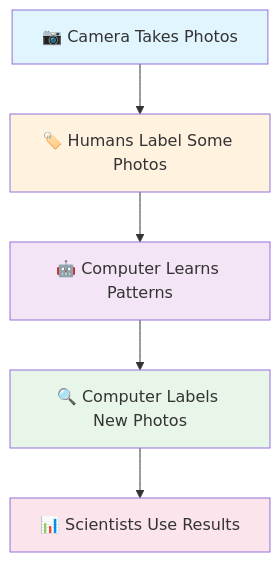
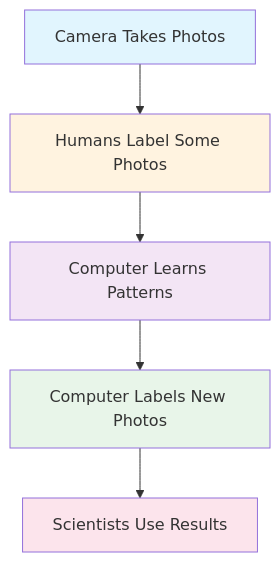
One commit to SITES-spectral/phenocai changed the first of 5 diagrams in docs/workflow_overview.md. Above: the diagram before and after it, drawn with Mermaid. The commit also changed other lines of this file and 22 other files, not shown here.

````diff
--- a/docs/workflow_overview.md
+++ b/docs/workflow_overview.md
@@ -14,13 +14,13 @@
 ```mermaid
 graph TD
-    A[📷 Camera Takes Photos] --> B[🏷️ Humans Label Some Photos]
-    B --> C[🤖 Computer Learns Patterns]
-    C --> D[🔍 Computer Labels New Photos]
-    D --> E[📊 Scientists Use Results]
+    A[Camera Takes Photos] --> B[Humans Label Some Photos]
+    B --> C[Computer Learns Patterns]
+    C --> D[Computer Labels New Photos]
+    D --> E[Scientists Use Results]
     
     style A fill:#e1f5fe
     style B fill:#fff3e0
     style C fill:#f3e5f5
     style D fill:#e8f5e9
     style E fill:#fce4ec
 ```
````
